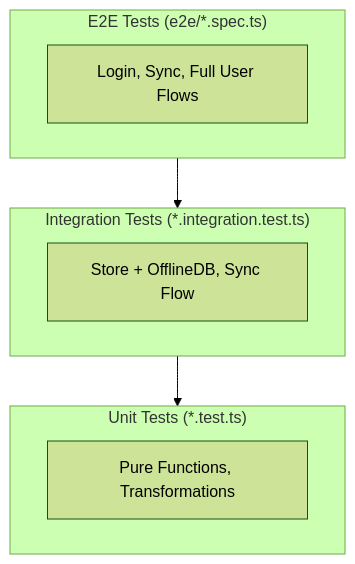
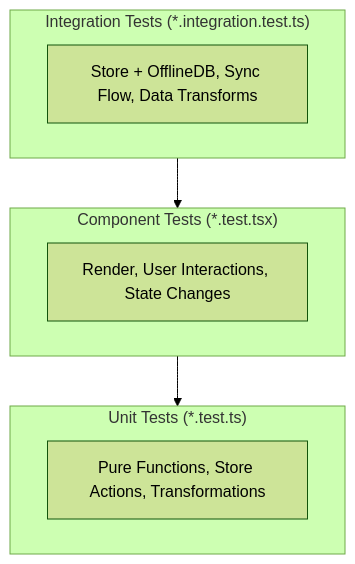
One commit to abigailfussell-afk/falconforge changed the diagram in .agent/skills/testing-strategy/SKILL.md. Above: the diagram before and after it, drawn with Mermaid (forest theme). The commit also changed other lines of this file and 214 other files, not shown here.

````diff
--- a/.agent/skills/testing-strategy/SKILL.md
+++ b/.agent/skills/testing-strategy/SKILL.md
@@ -12,17 +12,17 @@
 ```mermaid
 graph TB
-    subgraph E2E["E2E Tests (e2e/*.spec.ts)"]
-        E2E_Tests["Login, Sync, Full User Flows"]
+    subgraph Integration["Integration Tests (*.integration.test.ts)"]
+        Int_Tests["Store + OfflineDB, Sync Flow, Data Transforms"]
     end
     
-    subgraph Integration["Integration Tests (*.integration.test.ts)"]
-        Int_Tests["Store + OfflineDB, Sync Flow"]
+    subgraph Component["Component Tests (*.test.tsx)"]
+        Comp_Tests["Render, User Interactions, State Changes"]
     end
     
     subgraph Unit["Unit Tests (*.test.ts)"]
-        Unit_Tests["Pure Functions, Transformations"]
+        Unit_Tests["Pure Functions, Store Actions, Transformations"]
     end
     
-    E2E --> Integration
-    Integration --> Unit
+    Integration --> Component
+    Component --> Unit
 ```
````
